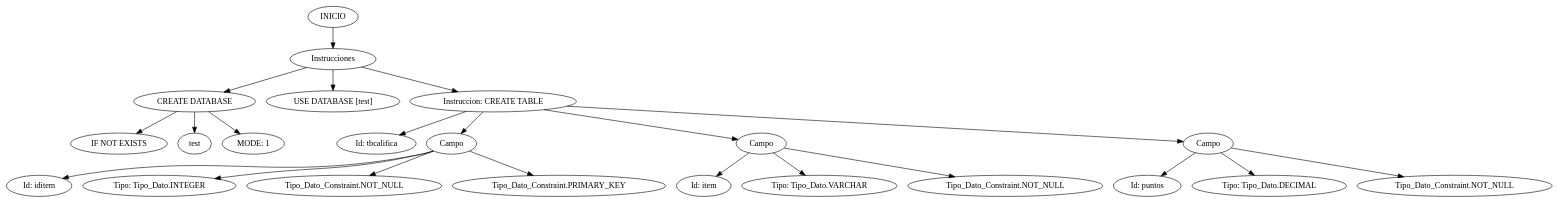
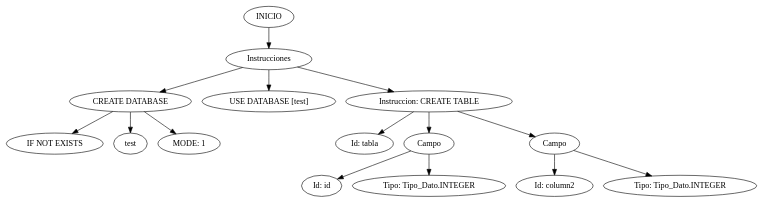
One commit to tytusdb/tytusdb changed the diagram in parser/fase2/team22/AST.dot. Above: the diagram before and after it, drawn with Graphviz. The commit also changed 8 other files, not shown here.

```diff
--- a/parser/fase2/team22/AST.dot
+++ b/parser/fase2/team22/AST.dot
@@ -1,46 +1,32 @@
 digraph G{
 edge [color=black]; rankdir = TB;
 Nodo0[label="INICIO"]
 Nodo1[label="Instrucciones"]
 Nodo0 -> Nodo1;
 Nodo2[label="CREATE DATABASE"]
 Nodo1 -> Nodo2;
 Nodo3[label="IF NOT EXISTS"]
 Nodo2 -> Nodo3;
 Nodo4[label="test"]
 Nodo2 -> Nodo4;
 Nodo5[label="MODE: 1"]
 Nodo2 -> Nodo5;
 Nodo10[label="USE DATABASE [test]"]
 Nodo1 -> Nodo10;
 Nodo11[label="Instruccion: CREATE TABLE"]
 Nodo1 -> Nodo11;
-Nodo12[label="Id: tbcalifica"]
+Nodo12[label="Id: tabla"]
 Nodo11 -> Nodo12;
 Nodo13[label="Campo"]
 Nodo11 -> Nodo13;
-Nodo14[label="Id: iditem"]
+Nodo14[label="Id: id"]
 Nodo13 -> Nodo14;
 Nodo15[label="Tipo: Tipo_Dato.INTEGER"]
 Nodo13 -> Nodo15;
-Nodo16[label="Tipo_Dato_Constraint.NOT_NULL"]
-Nodo13 -> Nodo16;
-Nodo17[label="Tipo_Dato_Constraint.PRIMARY_KEY"]
-Nodo13 -> Nodo17;
-Nodo18[label="Campo"]
-Nodo11 -> Nodo18;
-Nodo19[label="Id: item"]
-Nodo18 -> Nodo19;
-Nodo20[label="Tipo: Tipo_Dato.VARCHAR"]
-Nodo18 -> Nodo20;
-Nodo21[label="Tipo_Dato_Constraint.NOT_NULL"]
-Nodo18 -> Nodo21;
-Nodo22[label="Campo"]
-Nodo11 -> Nodo22;
-Nodo23[label="Id: puntos"]
-Nodo22 -> Nodo23;
-Nodo24[label="Tipo: Tipo_Dato.DECIMAL"]
-Nodo22 -> Nodo24;
-Nodo25[label="Tipo_Dato_Constraint.NOT_NULL"]
-Nodo22 -> Nodo25;
+Nodo16[label="Campo"]
+Nodo11 -> Nodo16;
+Nodo17[label="Id: column2"]
+Nodo16 -> Nodo17;
+Nodo18[label="Tipo: Tipo_Dato.INTEGER"]
+Nodo16 -> Nodo18;
 }
```
